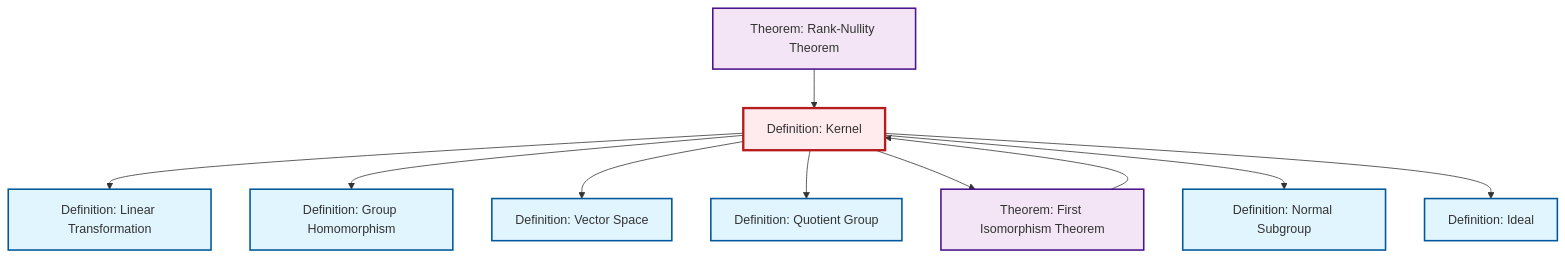
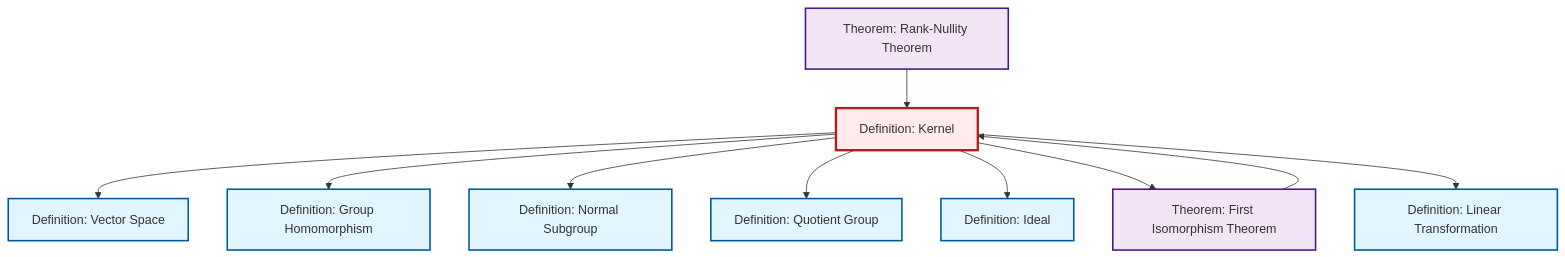
The diagram in content/ja/algebra/def-kernel.qmd (RK0429/ModernMath), drawn with Mermaid before and after one commit. The commit also changed other lines of this file and 360 other files, not shown here.

````diff
--- a/content/ja/algebra/def-kernel.qmd
+++ b/content/ja/algebra/def-kernel.qmd
@@ -80,36 +80,36 @@
 ```{mermaid}
 %%| fig-cap: "Local dependency graph"
 graph TD
     classDef definition fill:#e1f5fe,stroke:#01579b,stroke-width:2px
     classDef theorem fill:#f3e5f5,stroke:#4a148c,stroke-width:2px
     classDef axiom fill:#fff3e0,stroke:#e65100,stroke-width:2px
     classDef example fill:#e8f5e9,stroke:#1b5e20,stroke-width:2px
     classDef current fill:#ffebee,stroke:#b71c1c,stroke-width:3px
+    def-normal-subgroup["Definition: Normal Subgroup"]:::definition
+    def-quotient-group["Definition: Quotient Group"]:::definition
+    def-homomorphism["Definition: Group Homomorphism"]:::definition
     def-kernel["Definition: Kernel"]:::definition
-    def-normal-subgroup["Definition: Normal Subgroup"]:::definition
+    def-ideal["Definition: Ideal"]:::definition
     thm-first-isomorphism["Theorem: First Isomorphism Theorem"]:::theorem
-    def-ideal["Definition: Ideal"]:::definition
-    def-homomorphism["Definition: Group Homomorphism"]:::definition
+    thm-rank-nullity["Theorem: Rank-Nullity Theorem"]:::theorem
+    def-vector-space["Definition: Vector Space"]:::definition
     def-linear-transformation["Definition: Linear Transformation"]:::definition
-    def-vector-space["Definition: Vector Space"]:::definition
-    thm-rank-nullity["Theorem: Rank-Nullity Theorem"]:::theorem
-    def-quotient-group["Definition: Quotient Group"]:::definition
+    def-kernel --> def-vector-space
+    def-kernel --> def-homomorphism
+    def-kernel --> def-normal-subgroup
+    def-kernel --> def-quotient-group
+    thm-first-isomorphism --> def-kernel
+    def-kernel --> def-ideal
+    def-kernel --> thm-first-isomorphism
+    thm-rank-nullity --> def-kernel
     def-kernel --> def-linear-transformation
-    def-kernel --> def-homomorphism
-    def-kernel --> def-vector-space
-    thm-first-isomorphism --> def-kernel
-    def-kernel --> def-quotient-group
-    def-kernel --> thm-first-isomorphism
-    def-kernel --> def-normal-subgroup
-    def-kernel --> def-ideal
-    thm-rank-nullity --> def-kernel
     class def-kernel current
     click def-normal-subgroup "def-normal-subgroup.html" "Definition: Normal Subgroupへ"
+    click def-quotient-group "def-quotient-group.html" "Definition: Quotient Groupへ"
+    click def-homomorphism "def-homomorphism.html" "Definition: Group Homomorphismへ"
+    click def-ideal "def-ideal.html" "Definition: Idealへ"
     click thm-first-isomorphism "thm-first-isomorphism.html" "Theorem: First Isomorphism Theoremへ"
-    click def-ideal "def-ideal.html" "Definition: Idealへ"
-    click def-homomorphism "def-homomorphism.html" "Definition: Group Homomorphismへ"
+    click thm-rank-nullity "thm-rank-nullity.html" "Theorem: Rank-Nullity Theoremへ"
+    click def-vector-space "def-vector-space.html" "Definition: Vector Spaceへ"
     click def-linear-transformation "def-linear-transformation.html" "Definition: Linear Transformationへ"
-    click def-vector-space "def-vector-space.html" "Definition: Vector Spaceへ"
-    click thm-rank-nullity "thm-rank-nullity.html" "Theorem: Rank-Nullity Theoremへ"
-    click def-quotient-group "def-quotient-group.html" "Definition: Quotient Groupへ"
 ```
````
